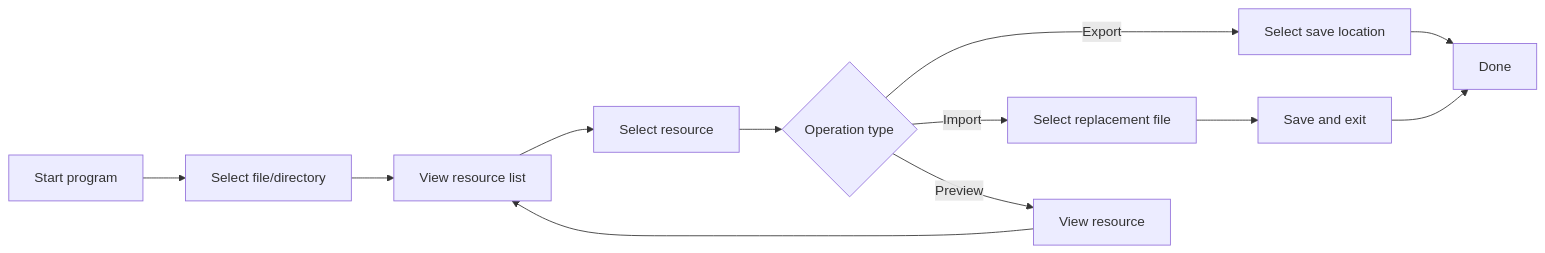
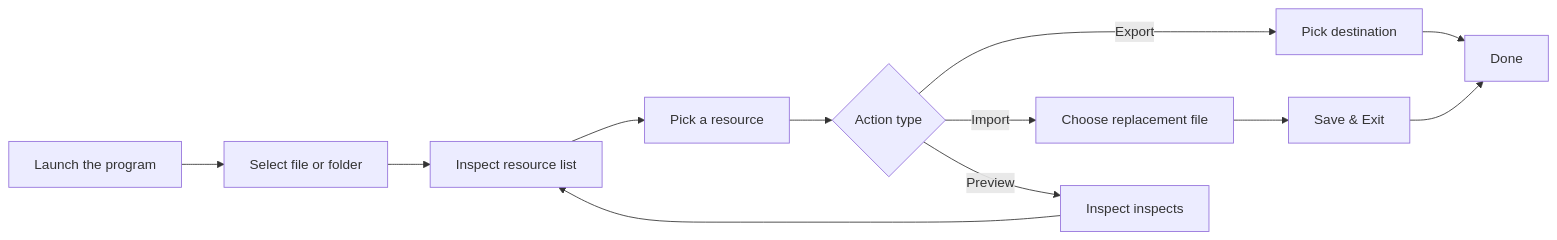
Before and after one commit to Alanshown/AOV_UABE_2022: the diagram in README.en.md, drawn with Mermaid. The commit also changed other lines of this file and 1 other file, not shown here.

````diff
--- a/README.en.md
+++ b/README.en.md
@@ -196,25 +133,14 @@
 ```mermaid
 graph LR
-
-A[Start program] --> B[Select file/directory]
-
-B --> C[View resource list]
-
-C --> D[Select resource]
-
-D --> E{Operation type}
-
-E -->|Export| F[Select save location]
-
-E -->|Import| G[Select replacement file]
-
-E -->|Preview| H[View resource]
-
+A[Launch the program] --> B[Select file or folder]
+B --> C[Inspect resource list]
+C --> D[Pick a resource]
+D --> E{Action type}
+E -->|Export| F[Pick destination]
+E -->|Import| G[Choose replacement file]
+E -->|Preview| H[Inspect inspects]
 F --> I[Done]
-
-G --> J[Save and exit]
-
+G --> J[Save & Exit]
 H --> C
-
 J --> I
 ```
````
